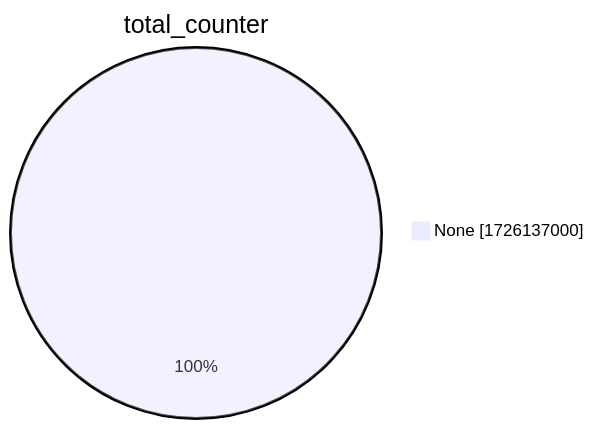
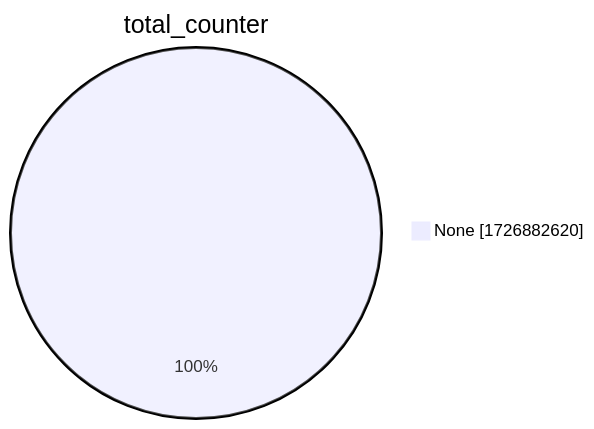
The second of 15 diagrams in xenon2022/README.md (christiankrug/ctmonitor_visualization), drawn with Mermaid before and after one commit. The commit also changed other lines of this file, not shown here.

````diff
--- a/xenon2022/README.md
+++ b/xenon2022/README.md
@@ -9,5 +9,5 @@
 ```mermaid
 pie showData
 title total_counter
-"None" :1726137000
+"None" :1726882620
 ```
````
